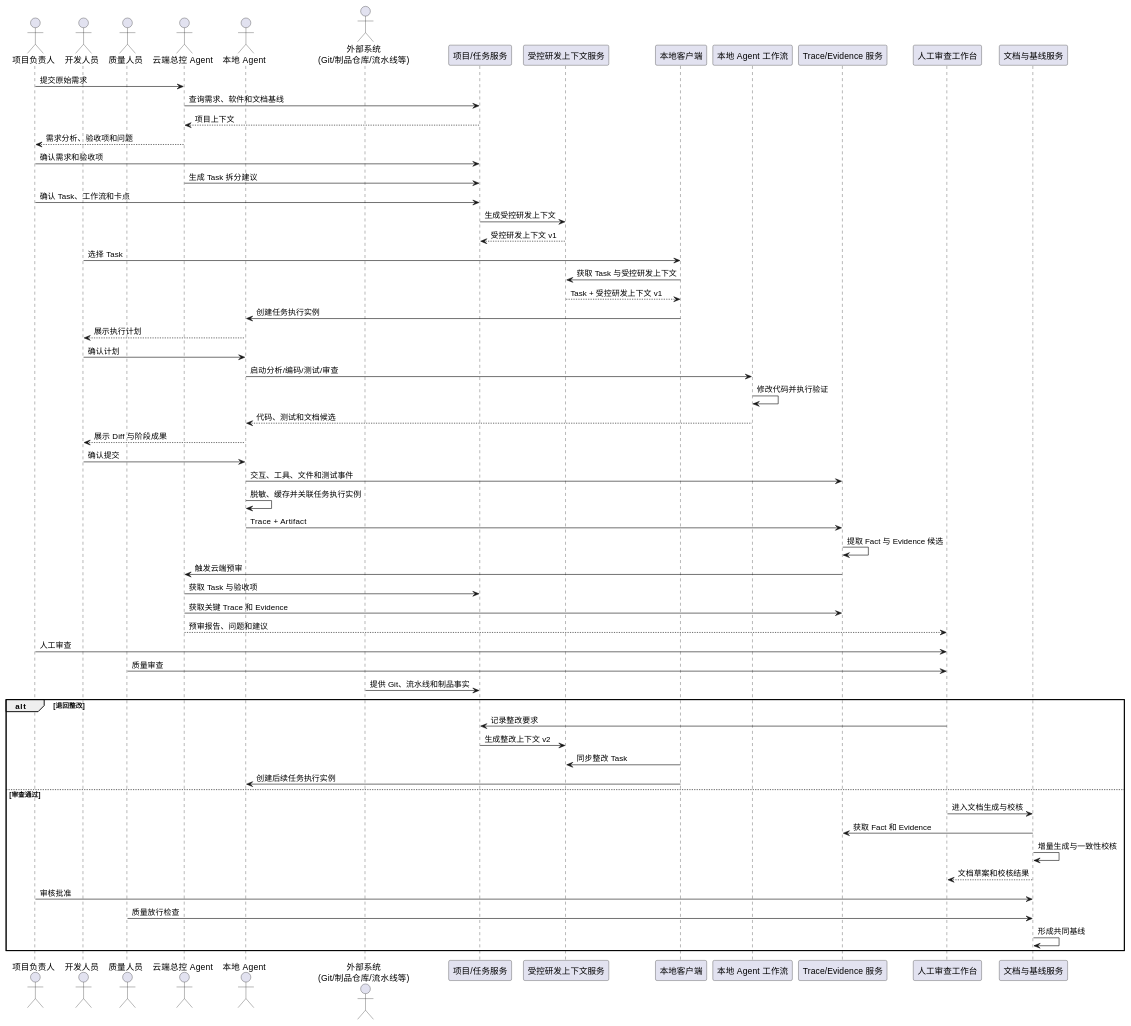
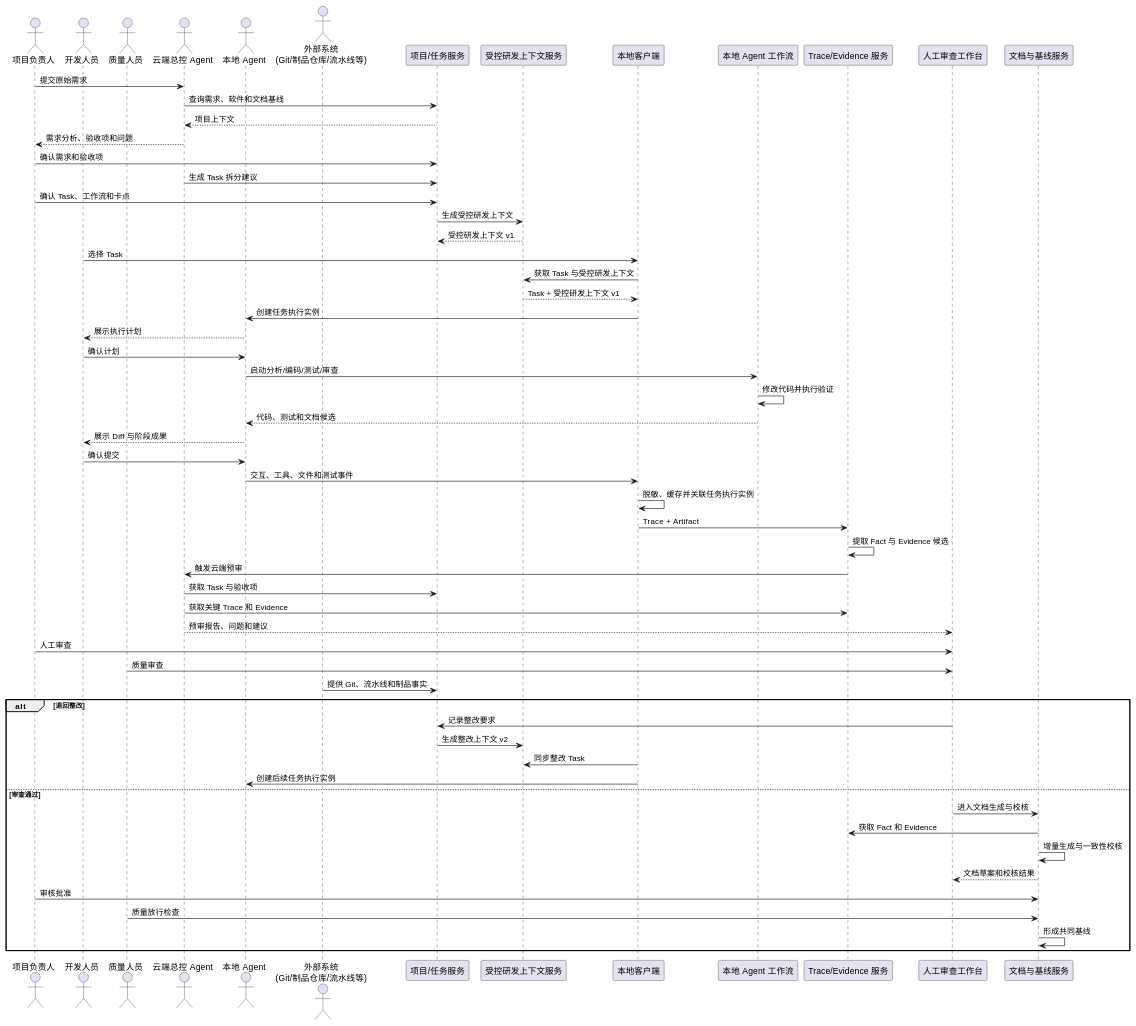
The third of 7 diagrams in 云端治理与本地智能研发协同平台_UseCase与UML.md (edwinyao121/ai-rjgc), drawn with PlantUML before and after one commit. The commit also changed other lines of this file, not shown here.

Commit message:
docs: clarify client telemetry and cloud agent boundary

````diff
--- a/云端治理与本地智能研发协同平台_UseCase与UML.md
+++ b/云端治理与本地智能研发协同平台_UseCase与UML.md
@@ -670,69 +669,69 @@
 ```plantuml
 @startuml
 actor 项目负责人 as PM
 actor 开发人员 as Dev
 actor 质量人员 as QA
 actor "云端总控 Agent" as CloudAgent
 actor "本地 Agent" as LocalAgent
 actor "外部系统\n(Git/制品仓库/流水线等)" as External
 participant "项目/任务服务" as ProjectService
 participant "受控研发上下文服务" as ContextService
 participant "本地客户端" as Client
 participant "本地 Agent 工作流" as Workflow
 participant "Trace/Evidence 服务" as TraceService
 participant "人工审查工作台" as ReviewUI
 participant "文档与基线服务" as DocService
 
 PM -> CloudAgent : 提交原始需求
 CloudAgent -> ProjectService : 查询需求、软件和文档基线
 ProjectService --> CloudAgent : 项目上下文
 CloudAgent --> PM : 需求分析、验收项和问题
 PM -> ProjectService : 确认需求和验收项
 
 CloudAgent -> ProjectService : 生成 Task 拆分建议
 PM -> ProjectService : 确认 Task、工作流和卡点
 ProjectService -> ContextService : 生成受控研发上下文
 ContextService --> ProjectService : 受控研发上下文 v1
 
 Dev -> Client : 选择 Task
 Client -> ContextService : 获取 Task 与受控研发上下文
 ContextService --> Client : Task + 受控研发上下文 v1
 Client -> LocalAgent : 创建任务执行实例
 LocalAgent --> Dev : 展示执行计划
 Dev -> LocalAgent : 确认计划
 
 LocalAgent -> Workflow : 启动分析/编码/测试/审查
 Workflow -> Workflow : 修改代码并执行验证
 Workflow --> LocalAgent : 代码、测试和文档候选
 LocalAgent --> Dev : 展示 Diff 与阶段成果
 Dev -> LocalAgent : 确认提交
 
-LocalAgent -> TraceService : 交互、工具、文件和测试事件
-LocalAgent -> LocalAgent : 脱敏、缓存并关联任务执行实例
-LocalAgent -> TraceService : Trace + Artifact
+LocalAgent -> Client : 交互、工具、文件和测试事件
+Client -> Client : 脱敏、缓存并关联任务执行实例
+Client -> TraceService : Trace + Artifact
 TraceService -> TraceService : 提取 Fact 与 Evidence 候选
 
 TraceService -> CloudAgent : 触发云端预审
 CloudAgent -> ProjectService : 获取 Task 与验收项
 CloudAgent -> TraceService : 获取关键 Trace 和 Evidence
 CloudAgent --> ReviewUI : 预审报告、问题和建议
 PM -> ReviewUI : 人工审查
 QA -> ReviewUI : 质量审查
 External -> ProjectService : 提供 Git、流水线和制品事实
 
 alt 退回整改
   ReviewUI -> ProjectService : 记录整改要求
   ProjectService -> ContextService : 生成整改上下文 v2
   Client -> ContextService : 同步整改 Task
   Client -> LocalAgent : 创建后续任务执行实例
 else 审查通过
   ReviewUI -> DocService : 进入文档生成与校核
   DocService -> TraceService : 获取 Fact 和 Evidence
   DocService -> DocService : 增量生成与一致性校核
   DocService --> ReviewUI : 文档草案和校核结果
   PM -> DocService : 审核批准
   QA -> DocService : 质量放行检查
   DocService -> DocService : 形成共同基线
 end
 @enduml
 ```
````
